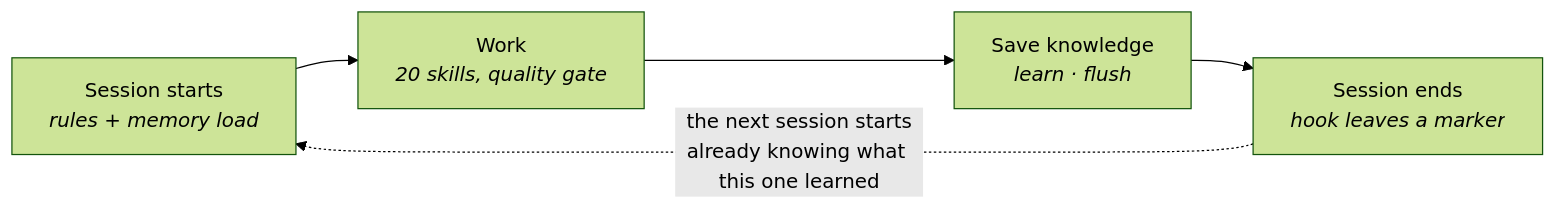
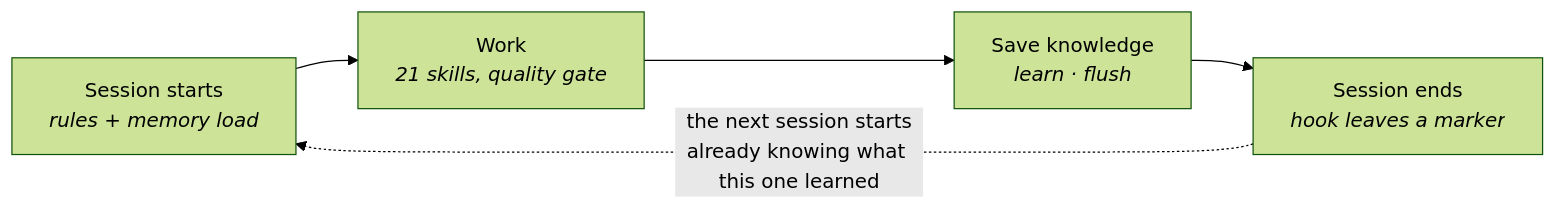
The first of 4 diagrams in SYSTEM-OVERVIEW.md (selawood-web/claude-code-generic-guide), drawn with Mermaid (forest theme) before and after one commit. The commit also changed other lines of this file and 10 other files, not shown here.

````diff
--- a/SYSTEM-OVERVIEW.md
+++ b/SYSTEM-OVERVIEW.md
@@ -36,7 +36,7 @@
 ```mermaid
 flowchart LR
-    A["Session starts<br/><i>rules + memory load</i>"] --> B["Work<br/><i>20 skills, quality gate</i>"]
+    A["Session starts<br/><i>rules + memory load</i>"] --> B["Work<br/><i>21 skills, quality gate</i>"]
     B --> C["Save knowledge<br/><i>learn · flush</i>"]
     C --> D["Session ends<br/><i>hook leaves a marker</i>"]
     D -. "the next session starts<br/>already knowing what this one learned" .-> A
 ```
````
